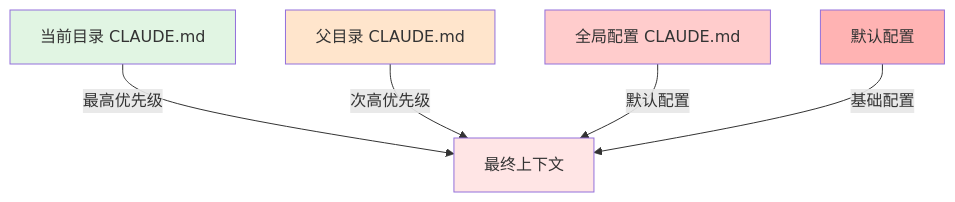
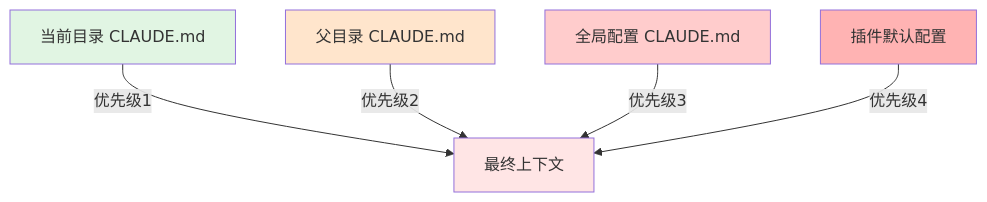
Before and after one commit to haorenlei457/claudecode-book: the third of 9 diagrams in 01-project-overview.md, drawn with Mermaid. The commit also changed other lines of this file and 4 other files, not shown here.

First line of the commit message:
docs: 图文并茂 - 深度优化核心模块

````diff
--- a/01-project-overview.md
+++ b/01-project-overview.md
@@ -156,13 +394,13 @@
 ```mermaid
 graph TD
-    A[当前目录 CLAUDE.md] -->|最高优先级| B[最终上下文]
-    C[父目录 CLAUDE.md] -->|次高优先级| B
-    D[全局配置 CLAUDE.md] -->|默认配置| B
-    E[默认配置] -->|基础配置| B
-
+    A[当前目录 CLAUDE.md] -->|优先级1| B[最终上下文]
+    C[父目录 CLAUDE.md] -->|优先级2| B
+    D[全局配置 CLAUDE.md] -->|优先级3| B
+    E[插件默认配置] -->|优先级4| B
+    
     style A fill:#e1f5e3
     style B fill:#ffe5e5
     style C fill:#ffe5cc
     style D fill:#ffcccc
     style E fill:#ffb3b3
 ```
````
